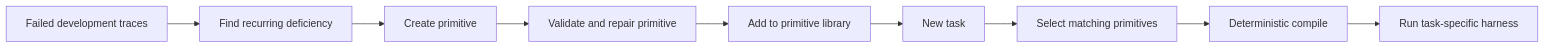
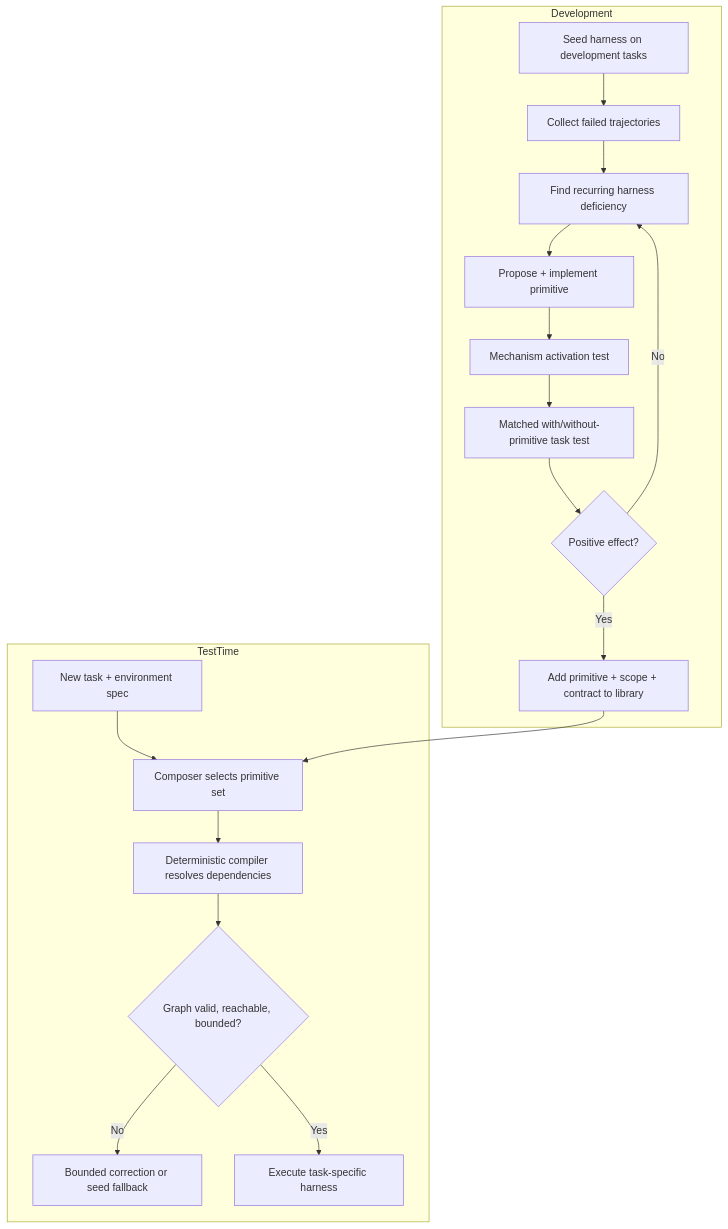
The diagram in _analyses/2609.38912.md (ShadowKingYT444/harness-papers-daily), drawn with Mermaid before and after one commit. The commit also changed other lines of this file and 37 other files, not shown here.

````diff
--- a/_analyses/2609.38912.md
+++ b/_analyses/2609.38912.md
@@ -21,11 +54,21 @@
-```mermaid
-flowchart LR
-    A[Failed development traces] --> B[Find recurring deficiency]
-    B --> C[Create primitive]
-    C --> D[Validate and repair primitive]
-    D --> E[Add to primitive library]
-    E --> F[New task]
-    F --> G[Select matching primitives]
-    G --> H[Deterministic compile]
-    H --> I[Run task-specific harness]
-```
+~~~mermaid
+flowchart TD
+    subgraph Development
+      A["Seed harness on development tasks"] --> B["Collect failed trajectories"]
+      B --> C["Find recurring harness deficiency"]
+      C --> D["Propose + implement primitive"]
+      D --> E["Mechanism activation test"]
+      E --> F["Matched with/without-primitive task test"]
+      F --> G{"Positive effect?"}
+      G -- "No" --> C
+      G -- "Yes" --> H["Add primitive + scope + contract to library"]
+    end
+    subgraph TestTime
+      I["New task + environment spec"] --> J["Composer selects primitive set"]
+      H --> J
+      J --> K["Deterministic compiler resolves dependencies"]
+      K --> L{"Graph valid, reachable, bounded?"}
+      L -- "No" --> M["Bounded correction or seed fallback"]
+      L -- "Yes" --> N["Execute task-specific harness"]
+    end
+~~~
````
